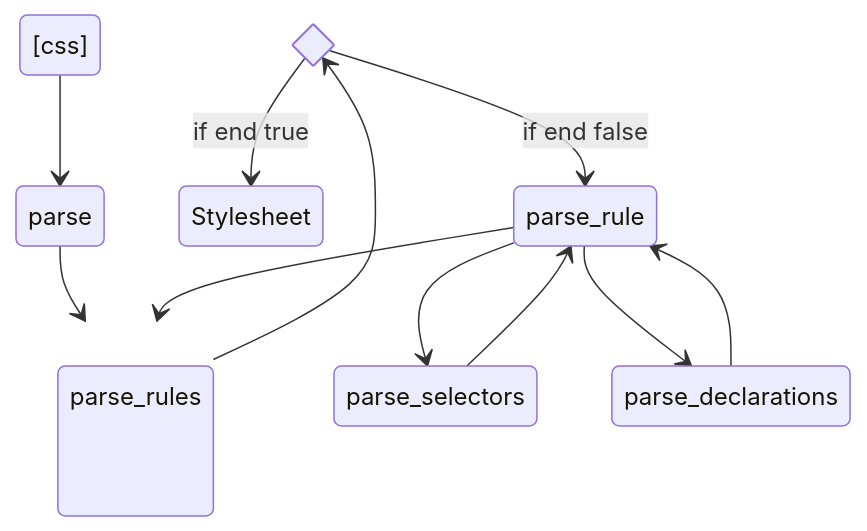
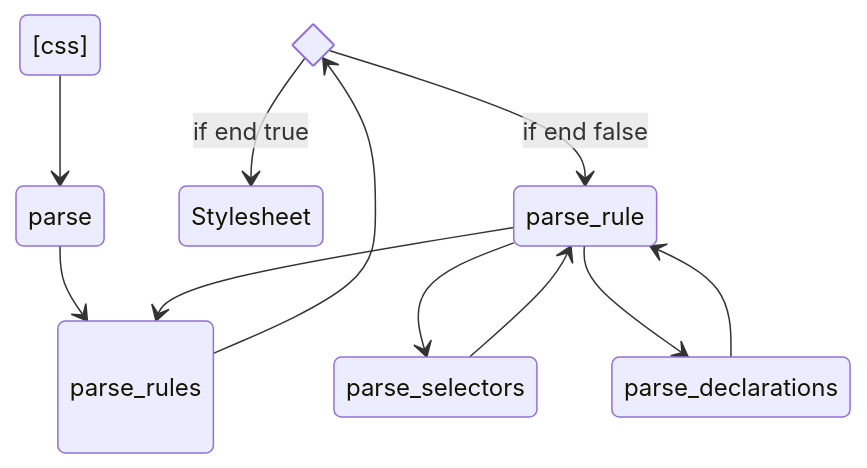
The second of 2 diagrams in README.md (nakayan5/lets-build-a-browser-engine), drawn with Mermaid before and after one commit.

````diff
--- a/README.md
+++ b/README.md
@@ -36,20 +36,20 @@
 ```mermaid
 stateDiagram-v2
   state end <<choice>>
 
-  classDef parent height:100px
+  classDef parent display:flex; align-items:center; justify-content:center; background-color:#fff; border-radius:5px; padding:10px;
 
   [css] --> parse
   parse --> parse_rules:::parent
   parse_rules --> end
 
   end --> Stylesheet: if end true
   end --> parse_rule: if end false
 
   parse_rule --> parse_rules
 
   parse_rule --> parse_selectors
   parse_rule --> parse_declarations
   parse_selectors --> parse_rule
   parse_declarations --> parse_rule
 ```
````
